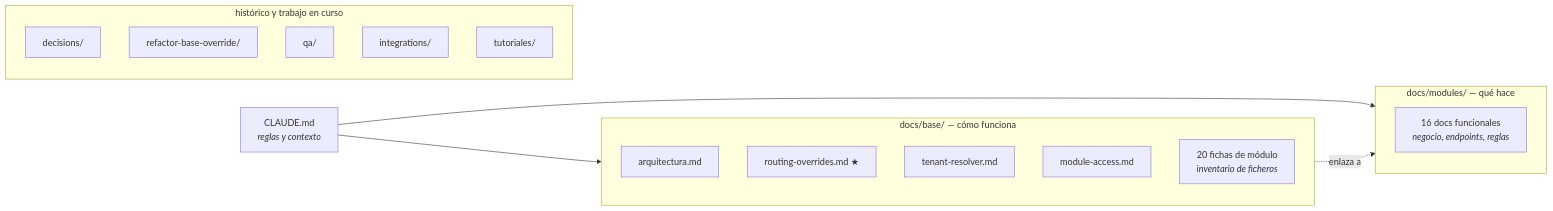
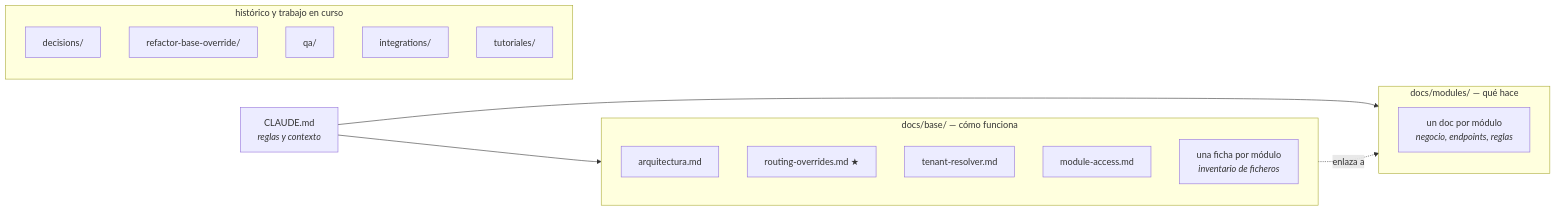
One commit to jsanchezpla/crm-salamandra-2 changed the diagram in docs/README.md. Above: the diagram before and after it, drawn with Mermaid. The commit also changed other lines of this file and 6 other files, not shown here.

````diff
--- a/docs/README.md
+++ b/docs/README.md
@@ -10,27 +10,27 @@
 ```mermaid
 flowchart LR
     CM["CLAUDE.md<br/><i>reglas y contexto</i>"] --> BASE
     CM --> MODS
 
     subgraph BASE["docs/base/ — cómo funciona"]
         ARQ["arquitectura.md"]
         ROUT["routing-overrides.md ★"]
         TEN["tenant-resolver.md"]
         ACC["module-access.md"]
-        FICHAS["20 fichas de módulo<br/><i>inventario de ficheros</i>"]
+        FICHAS["una ficha por módulo<br/><i>inventario de ficheros</i>"]
     end
 
     subgraph MODS["docs/modules/ — qué hace"]
-        NEG["16 docs funcionales<br/><i>negocio, endpoints, reglas</i>"]
+        NEG["un doc por módulo<br/><i>negocio, endpoints, reglas</i>"]
     end
 
     subgraph OTROS["histórico y trabajo en curso"]
         DEC["decisions/"]
         REF["refactor-base-override/"]
         QA["qa/"]
         INT["integrations/"]
         TUT["tutoriales/"]
     end
 
     BASE -.enlaza a.-> MODS
 ```
````
